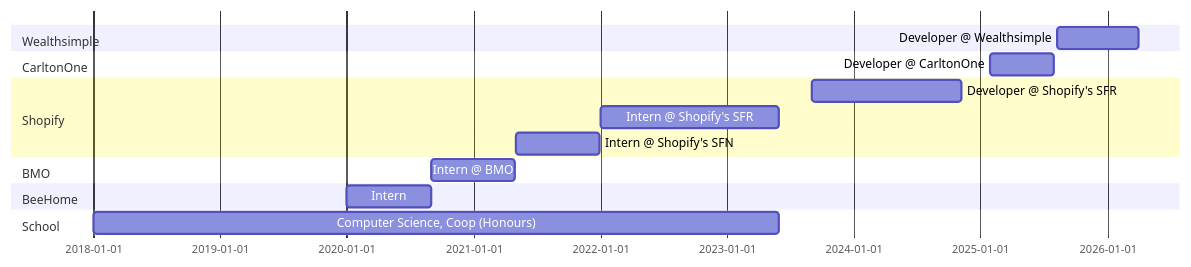
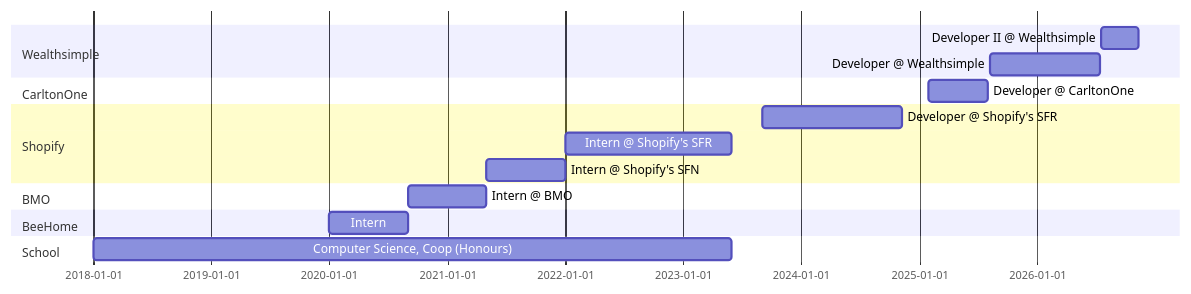
The diagram in README.md (trevor-clarke/trevor-clarke), drawn with Mermaid before and after one commit.

Commit message:
Update developer role dates in README

````diff
--- a/README.md
+++ b/README.md
@@ -13,24 +13,25 @@
 ```mermaid
 gantt
     dateFormat  YYYY-MM-DD
 
     section Wealthsimple
-    Developer @ Wealthsimple :2025-08-08, 2026-04-01
+    Developer II @ Wealthsimple :2026-07-16, 2026-11-10
+    Developer @ Wealthsimple :2025-08-08, 2026-07-15
 
     section CarltonOne
     Developer @ CarltonOne :2025-01-27, 2025-08-01
 
     section Shopify
     Developer @ Shopify's SFR :a1, 2023-09-01, 2024-11-07
     Intern @ Shopify's SFR    :2022-01-01, 2023-05-31
     Intern @ Shopify's SFN    :2021-05-01, 2021-12-31
 
     section BMO
     Intern @ BMO    :2020-09-01, 2021-04-30
 
     section BeeHome
     Intern    :2020-01-01, 2020-08-31
 
     section School
     Computer Science, Coop (Honours) :2018-01-01, 2023-05-31
 ```
````
